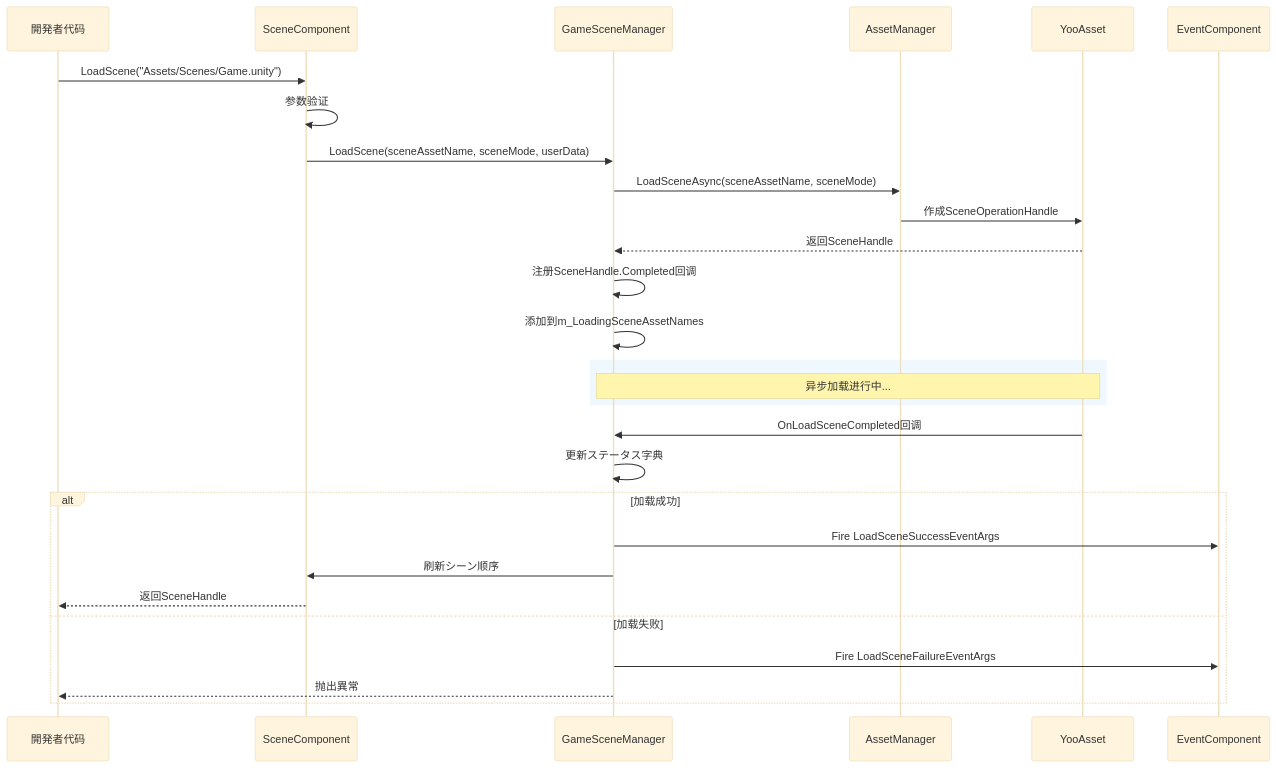
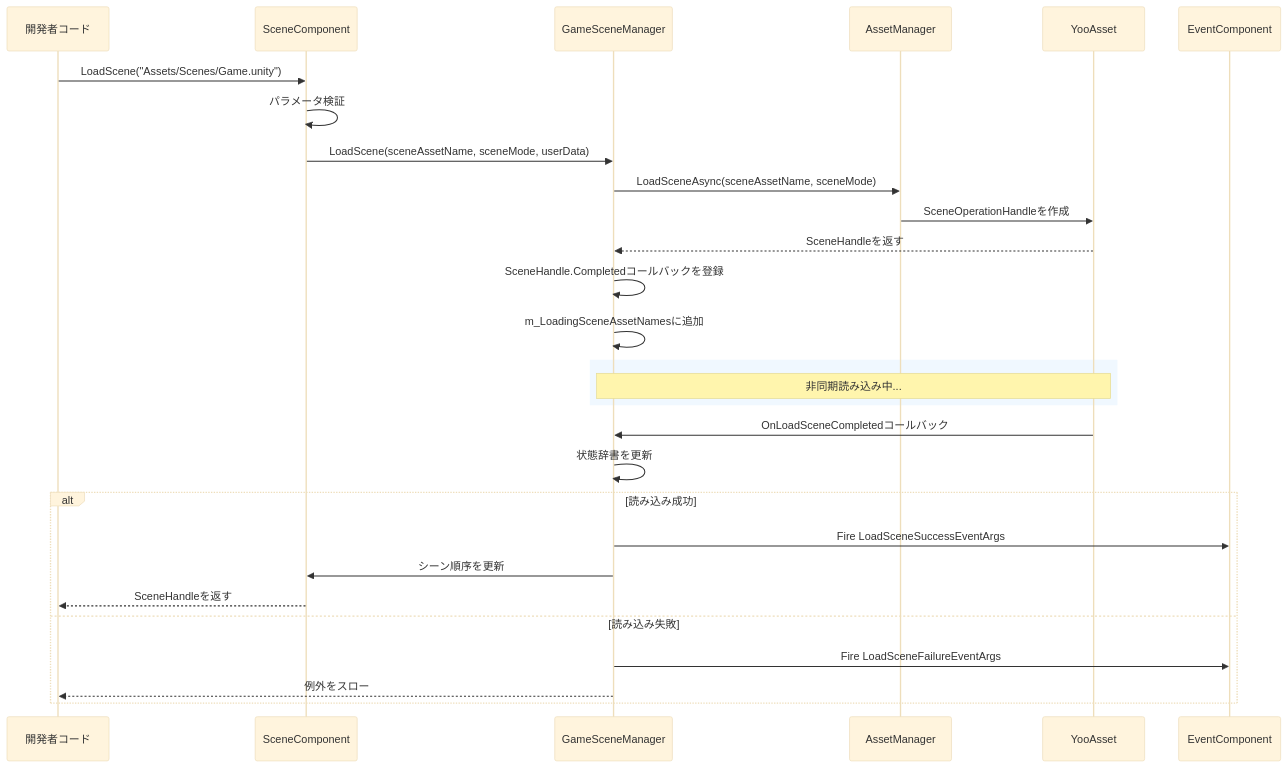
One commit to AlianBlank/GameFrameX.Docs changed the third of 3 diagrams in docs/ja/client/unity/component/scene/01.overview.md. Above: the diagram before and after it, drawn with Mermaid (base theme). The commit also changed other lines of this file and 320 other files, not shown here.

````diff
--- a/docs/ja/client/unity/component/scene/01.overview.md
+++ b/docs/ja/client/unity/component/scene/01.overview.md
@@ -128,35 +128,35 @@
 ```mermaid
 sequenceDiagram
-    participant Dev as 開発者代码
+    participant Dev as 開発者コード
     participant SC as SceneComponent
     participant GSM as GameSceneManager
     participant AM as AssetManager
     participant YA as YooAsset
     participant EC as EventComponent
 
     Dev->>SC: LoadScene("Assets/Scenes/Game.unity")
-    SC->>SC: 参数验证
+    SC->>SC: パラメータ検証
     SC->>GSM: LoadScene(sceneAssetName, sceneMode, userData)
     GSM->>AM: LoadSceneAsync(sceneAssetName, sceneMode)
-    AM->>YA: 作成SceneOperationHandle
-    YA-->>GSM: 返回SceneHandle
+    AM->>YA: SceneOperationHandleを作成
+    YA-->>GSM: SceneHandleを返す
     
-    GSM->>GSM: 注册SceneHandle.Completed回调
-    GSM->>GSM: 添加到m_LoadingSceneAssetNames
+    GSM->>GSM: SceneHandle.Completedコールバックを登録
+    GSM->>GSM: m_LoadingSceneAssetNamesに追加
     
     rect rgb(240, 248, 255)
-    Note over GSM,YA: 异步加载进行中...
+    Note over GSM,YA: 非同期読み込み中...
     end
     
-    YA->>GSM: OnLoadSceneCompleted回调
-    GSM->>GSM: 更新ステータス字典
+    YA->>GSM: OnLoadSceneCompletedコールバック
+    GSM->>GSM: 状態辞書を更新
     
-    alt 加载成功
+    alt 読み込み成功
         GSM->>EC: Fire LoadSceneSuccessEventArgs
-        GSM->>SC: 刷新シーン顺序
-        SC-->>Dev: 返回SceneHandle
-    else 加载失败
+        GSM->>SC: シーン順序を更新
+        SC-->>Dev: SceneHandleを返す
+    else 読み込み失敗
         GSM->>EC: Fire LoadSceneFailureEventArgs
-        GSM-->>Dev: 抛出異常
+        GSM-->>Dev: 例外をスロー
     end
 ```
````
